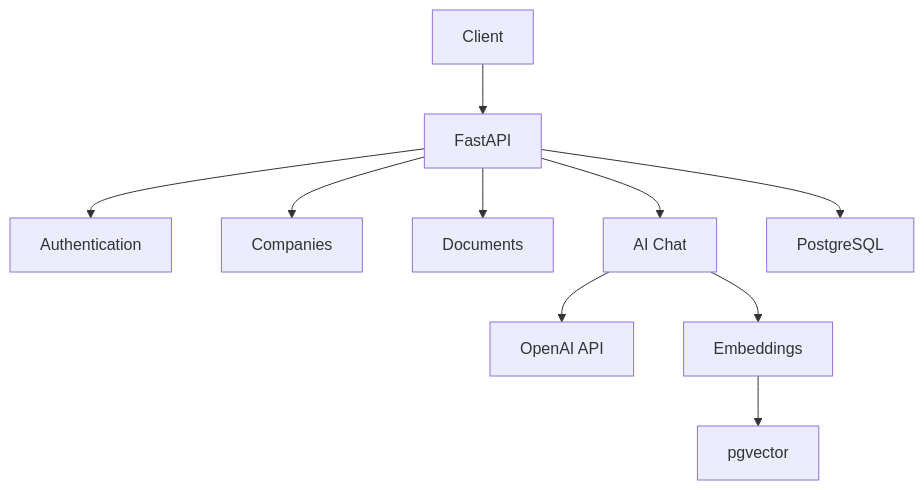
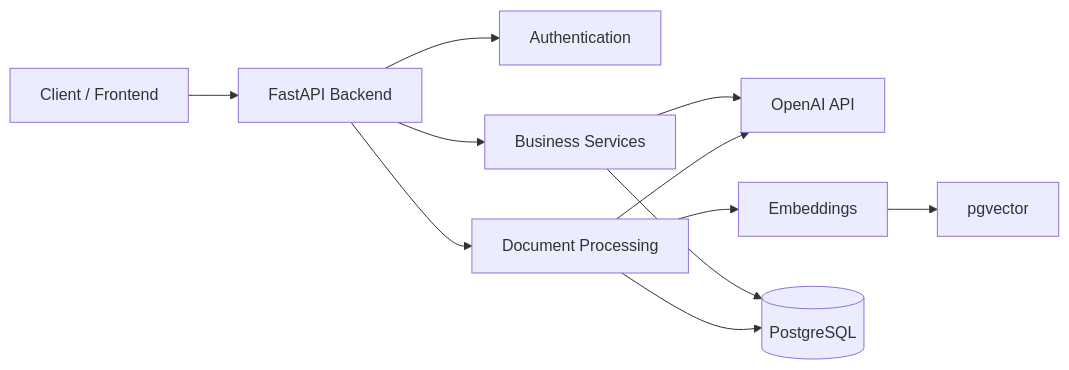
One commit to StefiVergini/SmartVanguard changed the diagram in README.es.md. Above: the diagram before and after it, drawn with Mermaid. The commit also changed 1 other file, not shown here.

Commit message:
new-update-mermaid

````diff
--- a/README.es.md
+++ b/README.es.md
@@ -87,17 +87,36 @@
 ```mermaid
-graph TD
+graph LR
 
-Client[Client] --> FastAPI[FastAPI]
+A[Client / Frontend]
 
-FastAPI --> Auth[Authentication]
-FastAPI --> Companies[Companies]
-FastAPI --> Documents[Documents]
-FastAPI --> AIChat[AI Chat]
+B[FastAPI Backend]
 
-AIChat --> OpenAI[OpenAI API]
-AIChat --> Embeddings[Embeddings]
+C[Authentication]
 
-Embeddings --> PGVector[pgvector]
+D[Business Services]
 
-FastAPI --> PostgreSQL[PostgreSQL]
+E[Document Processing]
+
+F[OpenAI API]
+
+G[Embeddings]
+
+H[pgvector]
+
+I[(PostgreSQL)]
+
+A --> B
+
+B --> C
+B --> D
+B --> E
+
+D --> I
+E --> I
+
+E --> G
+G --> H
+
+D --> F
+E --> F
 ```
````
